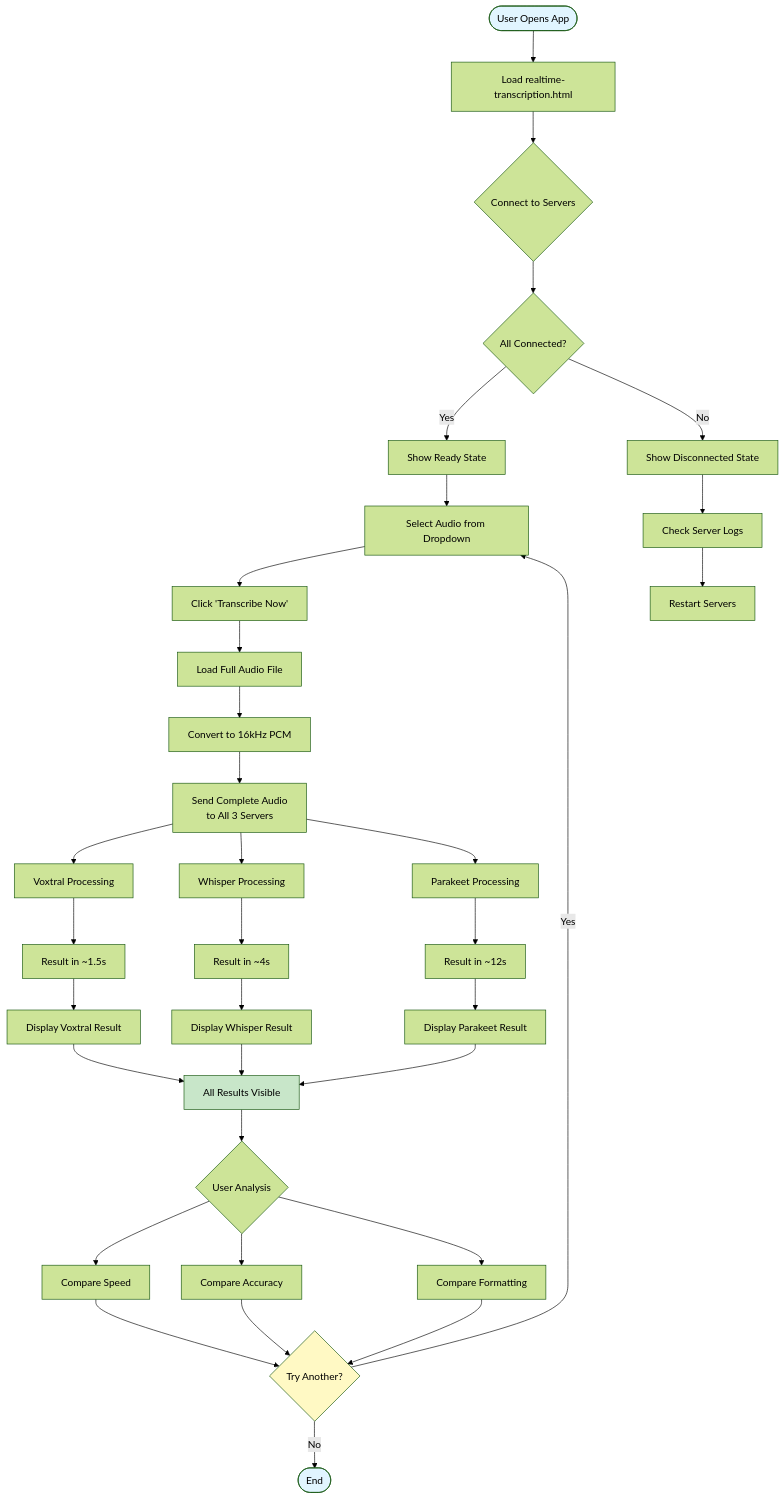
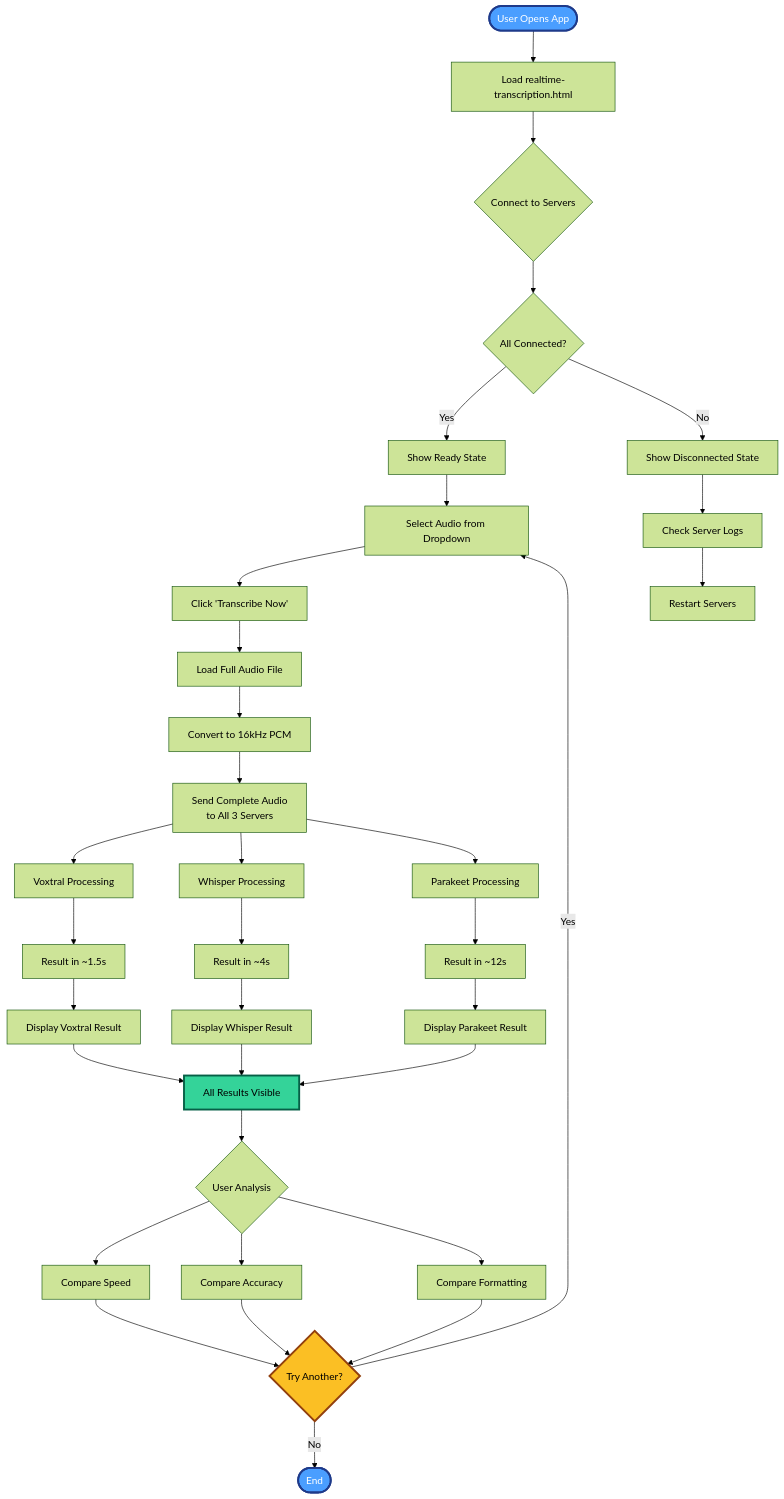
Before and after one commit to gjovanov/speech2text: the fifth of 6 diagrams in README.md, drawn with Mermaid (forest theme). The commit also changed other lines of this file and 10 other files, not shown here.

Commit message:
dark mode friednly diagramms

````diff
--- a/README.md
+++ b/README.md
@@ -260,48 +260,48 @@
 ```mermaid
 flowchart TD
     Start([User Opens App]) --> LoadPage[Load realtime-transcription.html]
     LoadPage --> Connect{Connect to Servers}
 
     Connect --> Check{All Connected?}
     Check -->|Yes| Ready[Show Ready State]
     Check -->|No| Error[Show Disconnected State]
 
     Ready --> SelectFile[Select Audio from Dropdown]
     SelectFile --> Button[Click 'Transcribe Now']
 
     Button --> LoadAudio[Load Full Audio File]
     LoadAudio --> Prepare[Convert to 16kHz PCM]
     Prepare --> SendAll[Send Complete Audio<br/>to All 3 Servers]
 
     SendAll --> Process1[Voxtral Processing]
     SendAll --> Process2[Whisper Processing]
     SendAll --> Process3[Parakeet Processing]
 
     Process1 --> Result1[Result in ~1.5s]
     Process2 --> Result2[Result in ~4s]
     Process3 --> Result3[Result in ~12s]
 
     Result1 --> ShowVoxtral[Display Voxtral Result]
     Result2 --> ShowWhisper[Display Whisper Result]
     Result3 --> ShowParakeet[Display Parakeet Result]
 
     ShowVoxtral & ShowWhisper & ShowParakeet --> AllDone[All Results Visible]
 
     AllDone --> Analyze{User Analysis}
     Analyze --> CompareSpeed[Compare Speed]
     Analyze --> CompareAccuracy[Compare Accuracy]
     Analyze --> CompareFormat[Compare Formatting]
 
     CompareSpeed & CompareAccuracy & CompareFormat --> Decision{Try Another?}
 
     Decision -->|Yes| SelectFile
     Decision -->|No| End([End])
 
     Error --> Troubleshoot[Check Server Logs]
     Troubleshoot --> Restart[Restart Servers]
 
-    style Start fill:#e1f5ff
-    style AllDone fill:#c8e6c9
-    style Decision fill:#fff9c4
-    style End fill:#e1f5ff
+    style Start fill:#4a9eff,stroke:#1e3a8a,stroke-width:3px,color:#fff
+    style AllDone fill:#34d399,stroke:#065f46,stroke-width:3px,color:#000
+    style Decision fill:#fbbf24,stroke:#92400e,stroke-width:3px,color:#000
+    style End fill:#4a9eff,stroke:#1e3a8a,stroke-width:3px,color:#fff
 ```
````
